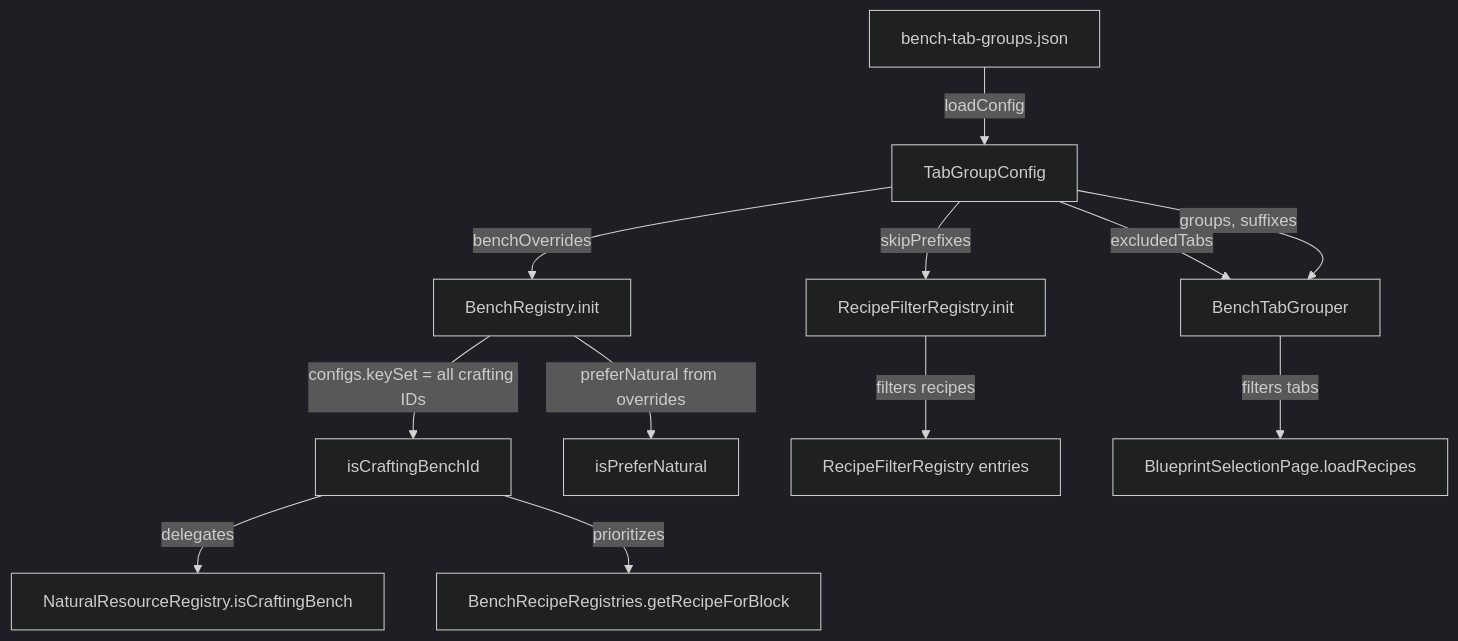
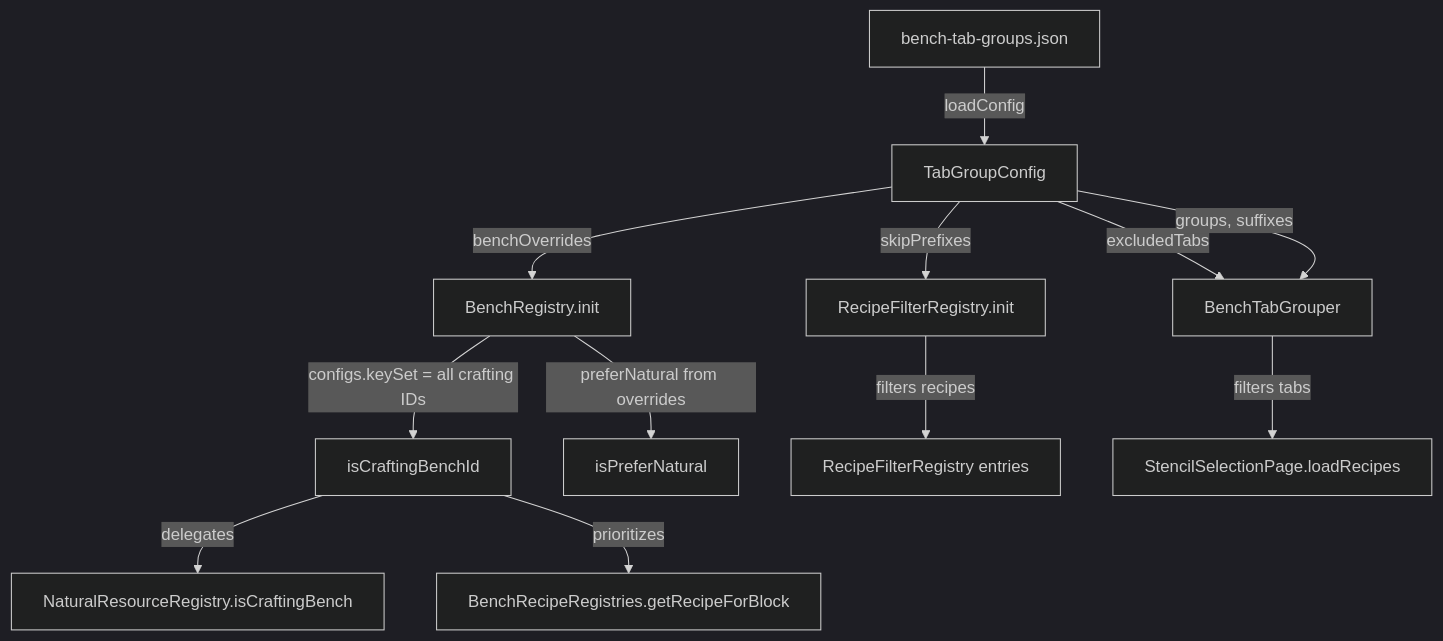
Before and after one commit to TheCodeCreature/Hytale-Example-Plugin: the second of 3 diagrams in docs/design-externalize-bench-config.md, drawn with Mermaid (dark theme). The commit also changed other lines of this file and 289 other files, not shown here.

````diff
--- a/docs/design-externalize-bench-config.md
+++ b/docs/design-externalize-bench-config.md
@@ -103,17 +103,17 @@
 ```mermaid
 graph TB
     A[bench-tab-groups.json] -->|loadConfig| B[TabGroupConfig]
     B -->|benchOverrides| C[BenchRegistry.init]
     B -->|skipPrefixes| D[RecipeFilterRegistry.init]
     B -->|excludedTabs| E[BenchTabGrouper]
     B -->|groups, suffixes| E
 
     C -->|configs.keySet = all crafting IDs| F[isCraftingBenchId]
     C -->|preferNatural from overrides| G[isPreferNatural]
 
     F -->|delegates| H[NaturalResourceRegistry.isCraftingBench]
     F -->|prioritizes| I[BenchRecipeRegistries.getRecipeForBlock]
 
     D -->|filters recipes| J[RecipeFilterRegistry entries]
-    E -->|filters tabs| K[BlueprintSelectionPage.loadRecipes]
+    E -->|filters tabs| K[StencilSelectionPage.loadRecipes]
 ```
````
